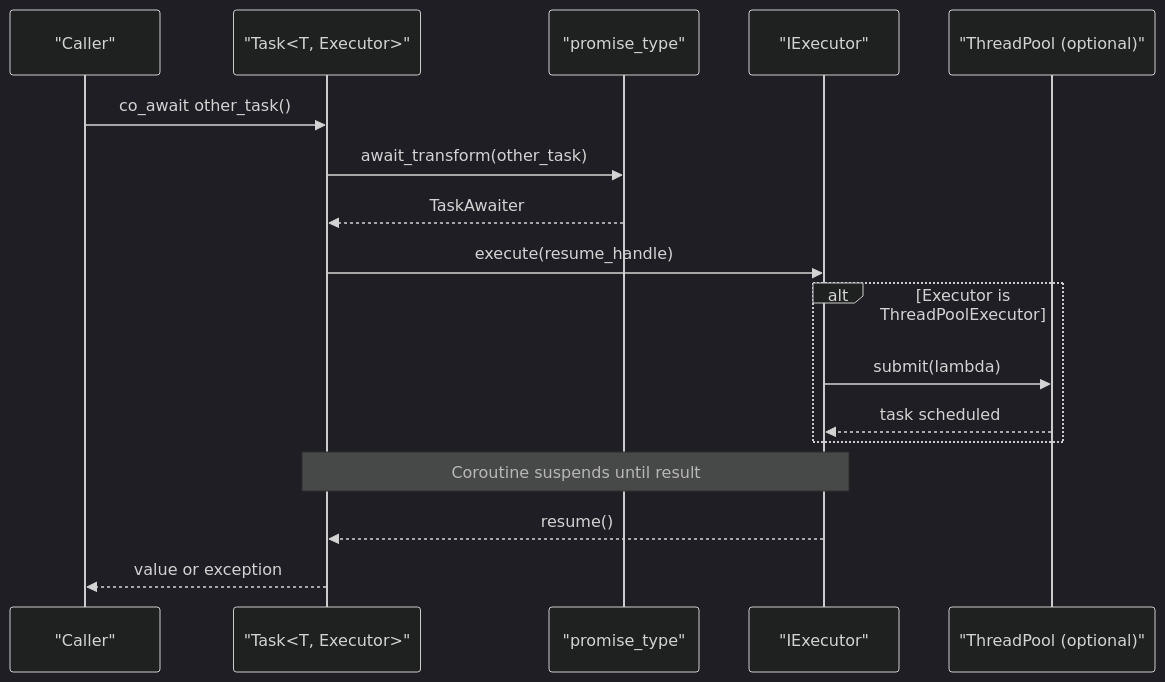
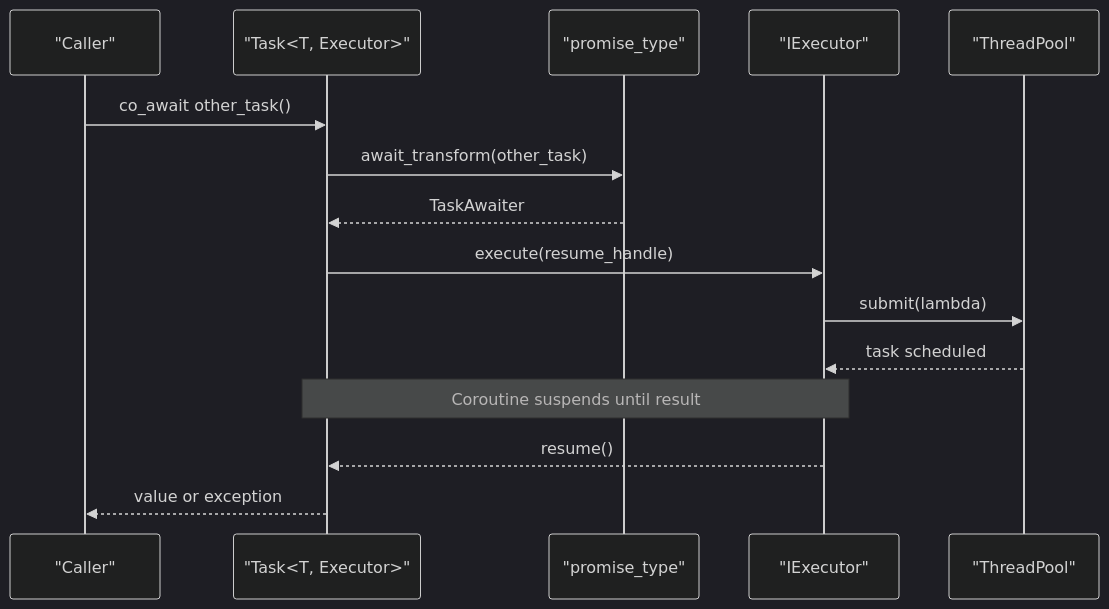
Before and after one commit to hsmbanlance/HsBaSlicer: the second of 9 diagrams in .qoder/repowiki/en/content/Core Modules/Foundation Layer (base_)/Threading and Concurrency.md, drawn with Mermaid (dark theme). The commit also changed other lines of this file and 202 other files, not shown here.

````diff
--- a/.qoder/repowiki/en/content/Core Modules/Foundation Layer (base_)/Threading and Concurrency.md
+++ b/.qoder/repowiki/en/content/Core Modules/Foundation Layer (base_)/Threading and Concurrency.md
@@ -97,19 +110,17 @@
 ```mermaid
 sequenceDiagram
 participant Caller as "Caller"
 participant Task as "Task<T, Executor>"
 participant Promise as "promise_type"
 participant Executor as "IExecutor"
-participant Pool as "ThreadPool (optional)"
+participant Pool as "ThreadPool"
 Caller->>Task : co_await other_task()
 Task->>Promise : await_transform(other_task)
 Promise-->>Task : TaskAwaiter
 Task->>Executor : execute(resume_handle)
-alt Executor is ThreadPoolExecutor
 Executor->>Pool : submit(lambda)
 Pool-->>Executor : task scheduled
-end
 Note over Task,Executor : Coroutine suspends until result
 Executor-->>Task : resume()
 Task-->>Caller : value or exception
 ```
````
